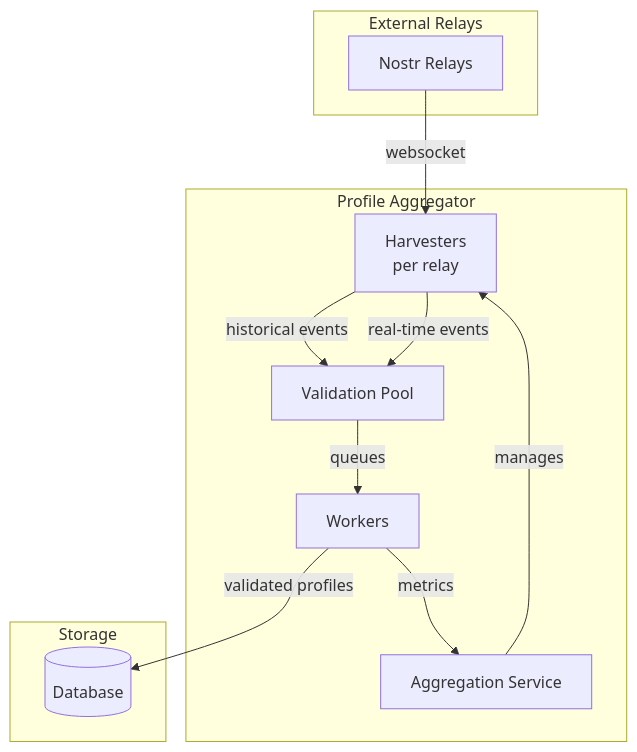
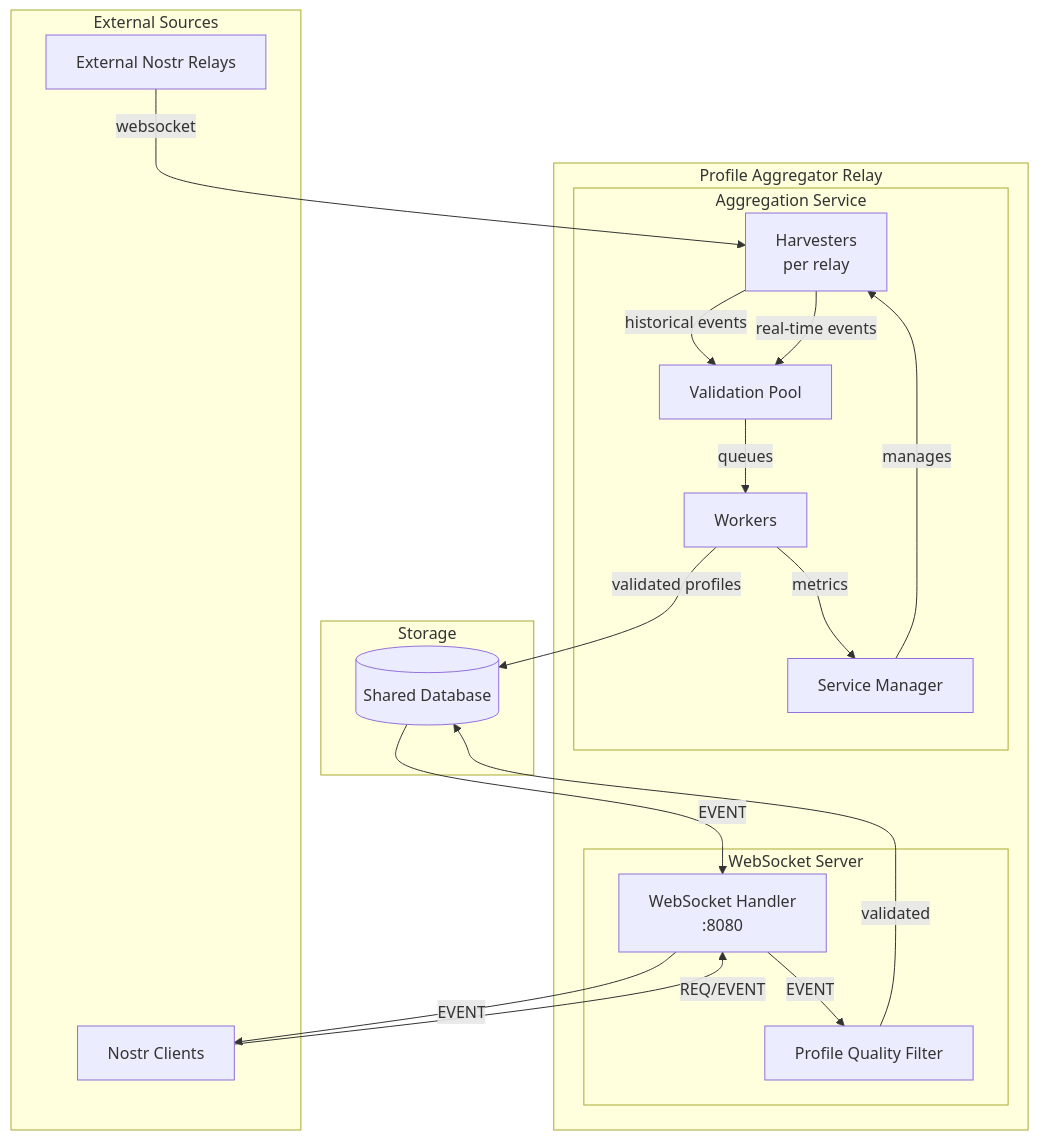
One commit to verse-pbc/profile_aggregator changed the diagram in docs/event-flow-diagram.md. Above: the diagram before and after it, drawn with Mermaid. The commit also changed other lines of this file and 10 other files, not shown here.

````diff
--- a/docs/event-flow-diagram.md
+++ b/docs/event-flow-diagram.md
@@ -5,25 +5,39 @@
 ```mermaid
 graph TD
-    subgraph "External Relays"
-        R[Nostr Relays]
+    subgraph "External Sources"
+        ER[External Nostr Relays]
+        NC[Nostr Clients]
     end
     
-    subgraph "Profile Aggregator"
-        AS[Aggregation Service]
-        H[Harvesters<br/>per relay]
-        VP[Validation Pool]
-        W[Workers]
+    subgraph "Profile Aggregator Relay"
+        subgraph "Aggregation Service"
+            AS[Service Manager]
+            H[Harvesters<br/>per relay]
+            VP[Validation Pool]
+            W[Workers]
+        end
+        
+        subgraph "WebSocket Server"
+            WS[WebSocket Handler<br/>:8080]
+            PQF[Profile Quality Filter]
+        end
     end
     
     subgraph "Storage"
-        DB[(Database)]
+        DB[(Shared Database)]
     end
     
-    R -->|websocket| H
+    ER -->|websocket| H
     AS -->|manages| H
     H -->|historical events| VP
     H -->|real-time events| VP
     VP -->|queues| W
     W -->|validated profiles| DB
     W -->|metrics| AS
+    
+    NC -->|REQ/EVENT| WS
+    WS -->|EVENT| PQF
+    PQF -->|validated| DB
+    DB -->|EVENT| WS
+    WS -->|EVENT| NC
 ```
````
